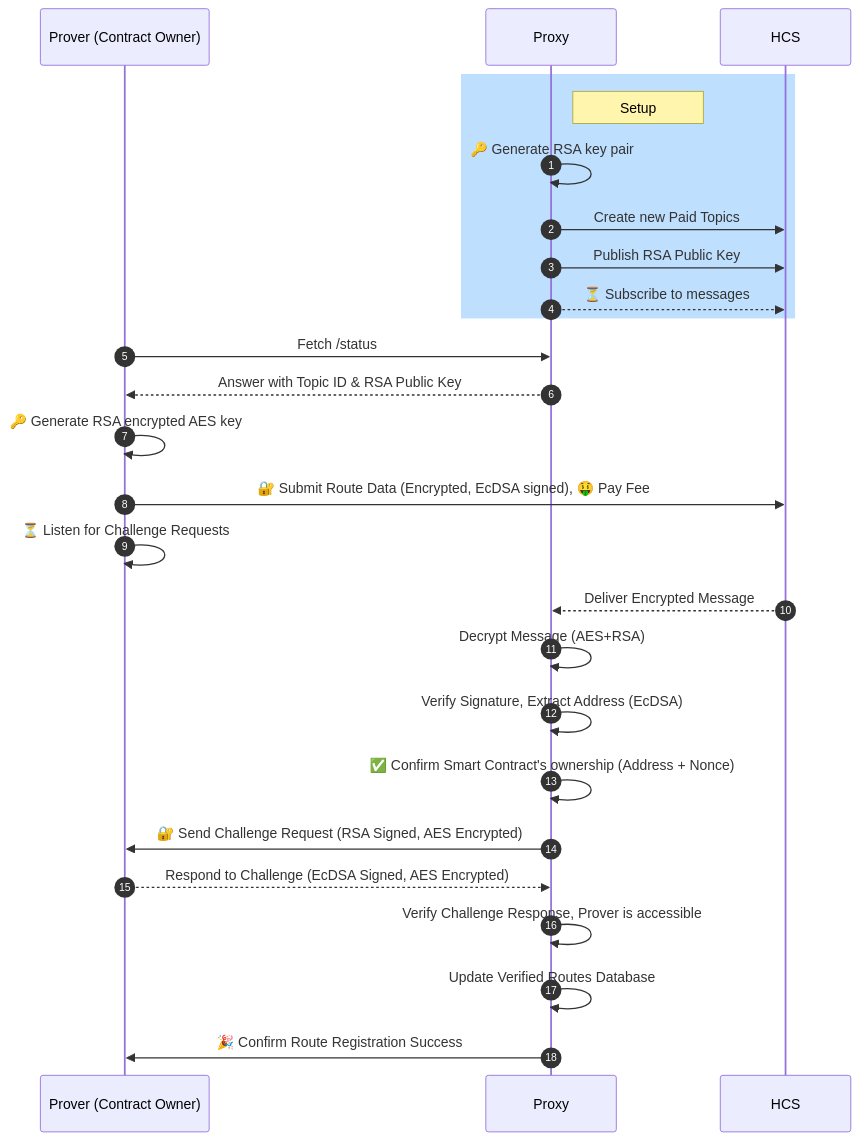
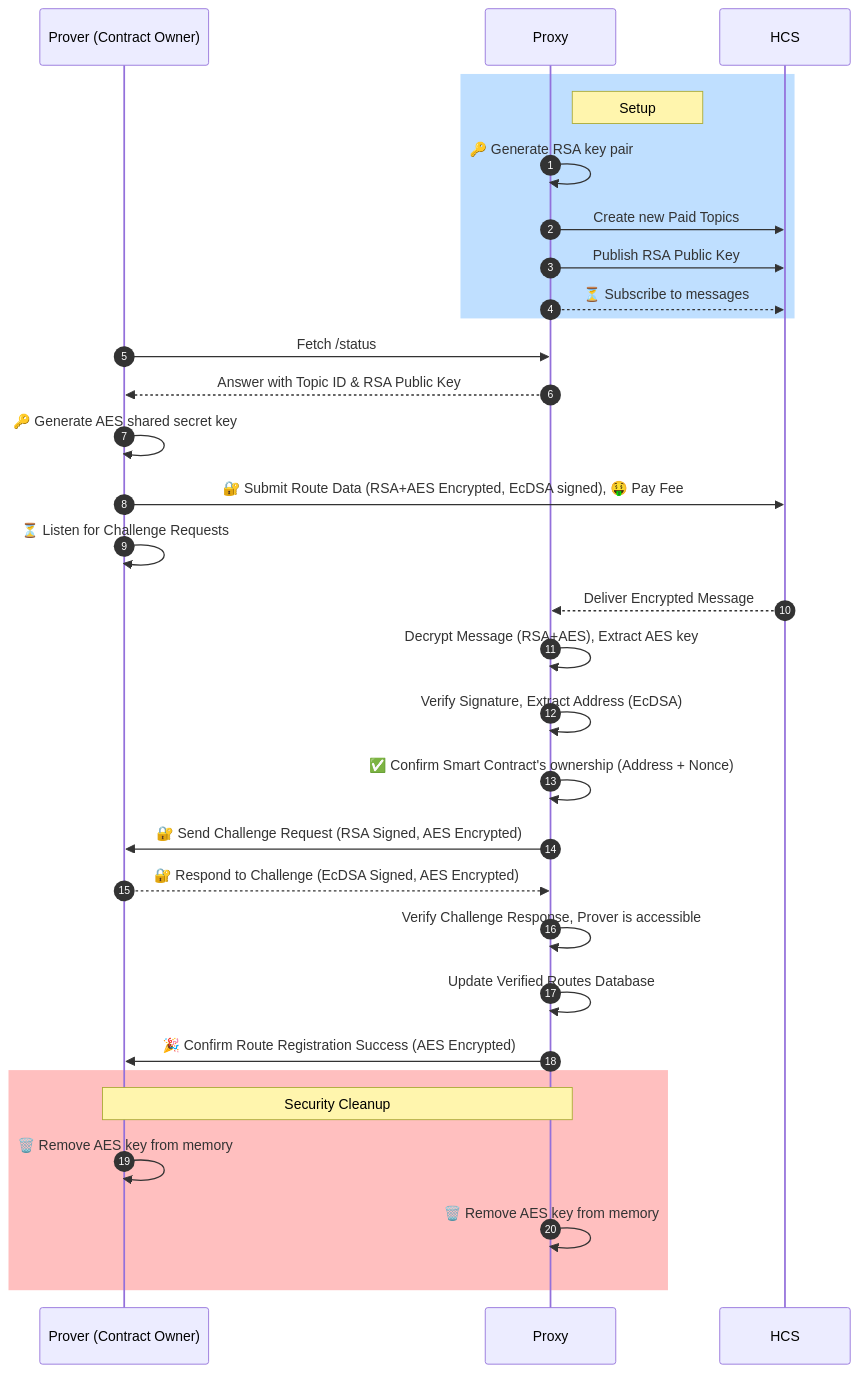
Before and after one commit to InternetOfPeers/hiero-json-rpc-relay-proxy: the diagram in README.md, drawn with Mermaid. The commit also changed other lines of this file and 6 other files, not shown here.

First line of the commit message:
feat: Implement AES encryption for challenge-response flow in Prover and Proxy

````diff
--- a/README.md
+++ b/README.md
@@ -37,29 +37,34 @@
 ```mermaid
 sequenceDiagram
   participant Prover as Prover (Contract Owner)
   participant Proxy as Proxy
   participant HCS as HCS
 
   autonumber
   rect rgb(191, 223, 255)
     Note right of Proxy: Setup
     Proxy ->> Proxy: 🔑 Generate RSA key pair
     Proxy ->> HCS: Create new Paid Topics
     Proxy ->> HCS: Publish RSA Public Key
     Proxy -->> HCS: ⏳ Subscribe to messages
   end
   Prover ->> Proxy: Fetch /status
   Proxy -->> Prover: Answer with Topic ID & RSA Public Key
-  Prover ->> Prover: 🔑 Generate RSA encrypted AES key
-  Prover ->> HCS: 🔐 Submit Route Data (Encrypted, EcDSA signed), 🤑  Pay Fee
+  Prover ->> Prover: 🔑 Generate AES shared secret key
+  Prover ->> HCS: 🔐 Submit Route Data (RSA+AES Encrypted, EcDSA signed), 🤑 Pay Fee
   Prover ->> Prover: ⏳ Listen for Challenge Requests
   HCS -->> Proxy: Deliver Encrypted Message
-  Proxy ->> Proxy: Decrypt Message (AES+RSA)
+  Proxy ->> Proxy: Decrypt Message (RSA+AES), Extract AES key
   Proxy ->> Proxy: Verify Signature, Extract Address (EcDSA)
   Proxy ->> Proxy: ✅ Confirm Smart Contract's ownership (Address + Nonce)
   Proxy ->> Prover: 🔐 Send Challenge Request (RSA Signed, AES Encrypted)
-  Prover -->> Proxy: Respond to Challenge (EcDSA Signed, AES Encrypted)
+  Prover -->> Proxy: 🔐 Respond to Challenge (EcDSA Signed, AES Encrypted)
   Proxy ->> Proxy: Verify Challenge Response, Prover is accessible
   Proxy ->> Proxy: Update Verified Routes Database
-  Proxy ->> Prover: 🎉 Confirm Route Registration Success
+  Proxy ->> Prover: 🎉 Confirm Route Registration Success (AES Encrypted)
+  rect rgb(255, 191, 191)
+    Note over Prover, Proxy: Security Cleanup
+    Prover ->> Prover: 🗑️ Remove AES key from memory
+    Proxy ->> Proxy: 🗑️ Remove AES key from memory
+  end
 ```
````
